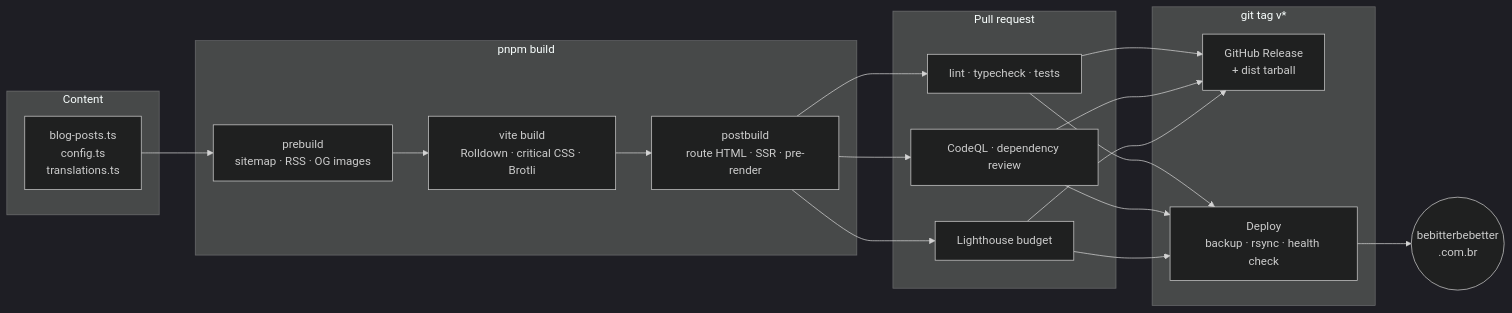
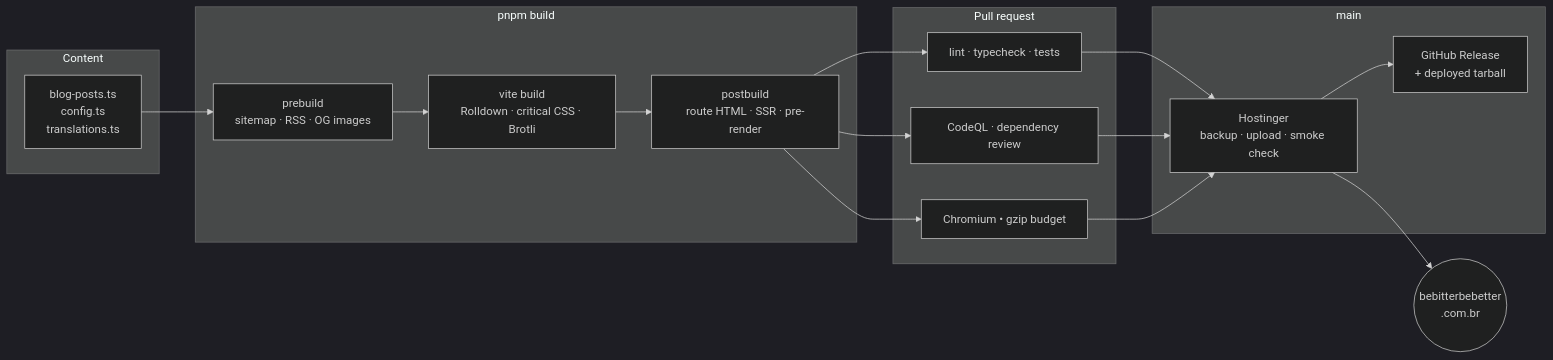
One commit to bernardopg/BeBitter changed the diagram in README.md. Above: the diagram before and after it, drawn with Mermaid (dark theme). The commit also changed other lines of this file and 26 other files, not shown here.

````diff
--- a/README.md
+++ b/README.md
@@ -173,23 +172,22 @@
 ```mermaid
 flowchart LR
     subgraph Content
         A["blog-posts.ts<br/>config.ts<br/>translations.ts"]
     end
     subgraph Build["pnpm build"]
         B["prebuild<br/>sitemap · RSS · OG images"] --> C["vite build<br/>Rolldown · critical CSS · Brotli"]
         C --> D["postbuild<br/>route HTML · SSR · pre-render"]
     end
     subgraph Gates["Pull request"]
         E["lint · typecheck · tests"]
         F["CodeQL · dependency review"]
-        G["Lighthouse budget"]
+        G["Chromium • gzip budget"]
     end
-    subgraph Ship["git tag v*"]
-        H["GitHub Release<br/>+ dist tarball"]
-        I["Deploy<br/>backup · rsync · health check"]
+    subgraph Ship["main"]
+        I["Hostinger<br/>backup · upload · smoke check"] --> H["GitHub Release<br/>+ deployed tarball"]
     end
     A --> B
     D --> E & F & G
-    E & F & G --> H & I
+    E & F & G --> I
     I --> J(("bebitterbebetter<br/>.com.br"))
 ```
````
